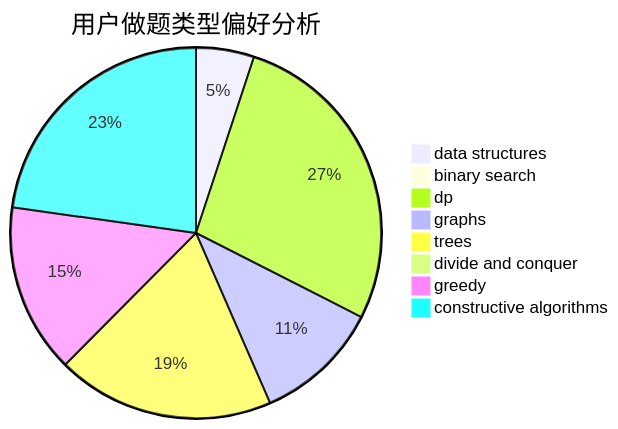
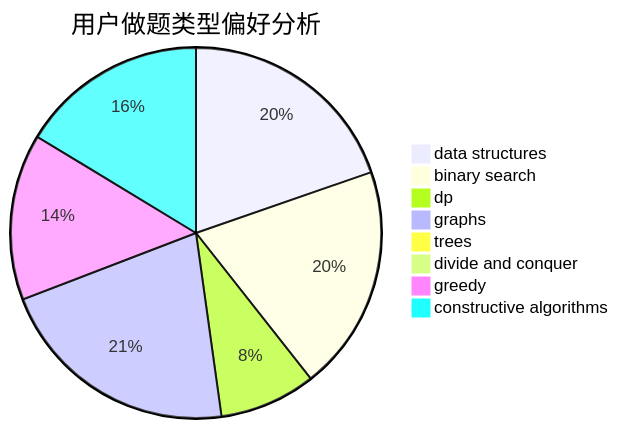
The second of 3 diagrams in docs/user/u1379.md (sherpahu/cfrs.github.io), drawn with Mermaid before and after one commit. The commit also changed other lines of this file and 2770 other files, not shown here.

````diff
--- a/docs/user/u1379.md
+++ b/docs/user/u1379.md
@@ -23,11 +23,11 @@
 ```mermaid
 pie title 用户做题类型偏好分析
-    "data structures" :  24
-    "binary search" :  1
-    "dp" :  130
-    "graphs" :  52
-    "trees" :  90
+    "data structures" :  152
+    "binary search" :  152
+    "dp" :  65
+    "graphs" :  165
+    "trees" :  5
     "divide and conquer" :  0
-    "greedy" :  70
-    "constructive algorithms" :  108
+    "greedy" :  112
+    "constructive algorithms" :  126
 ```
````
